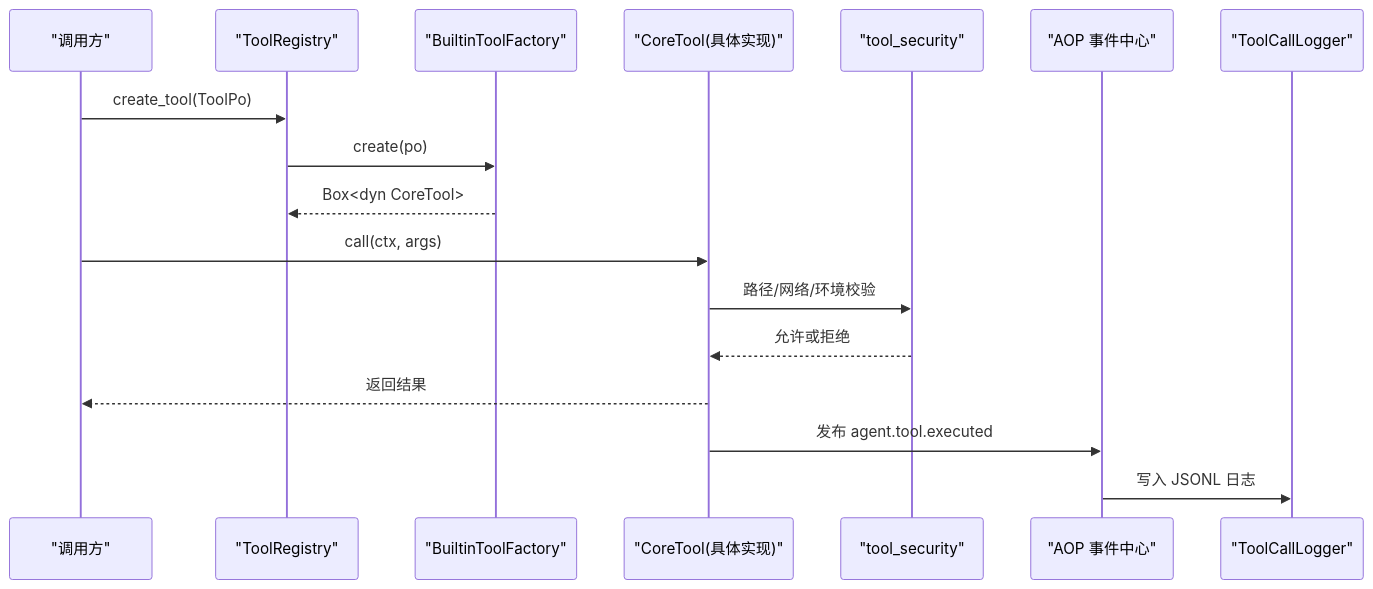
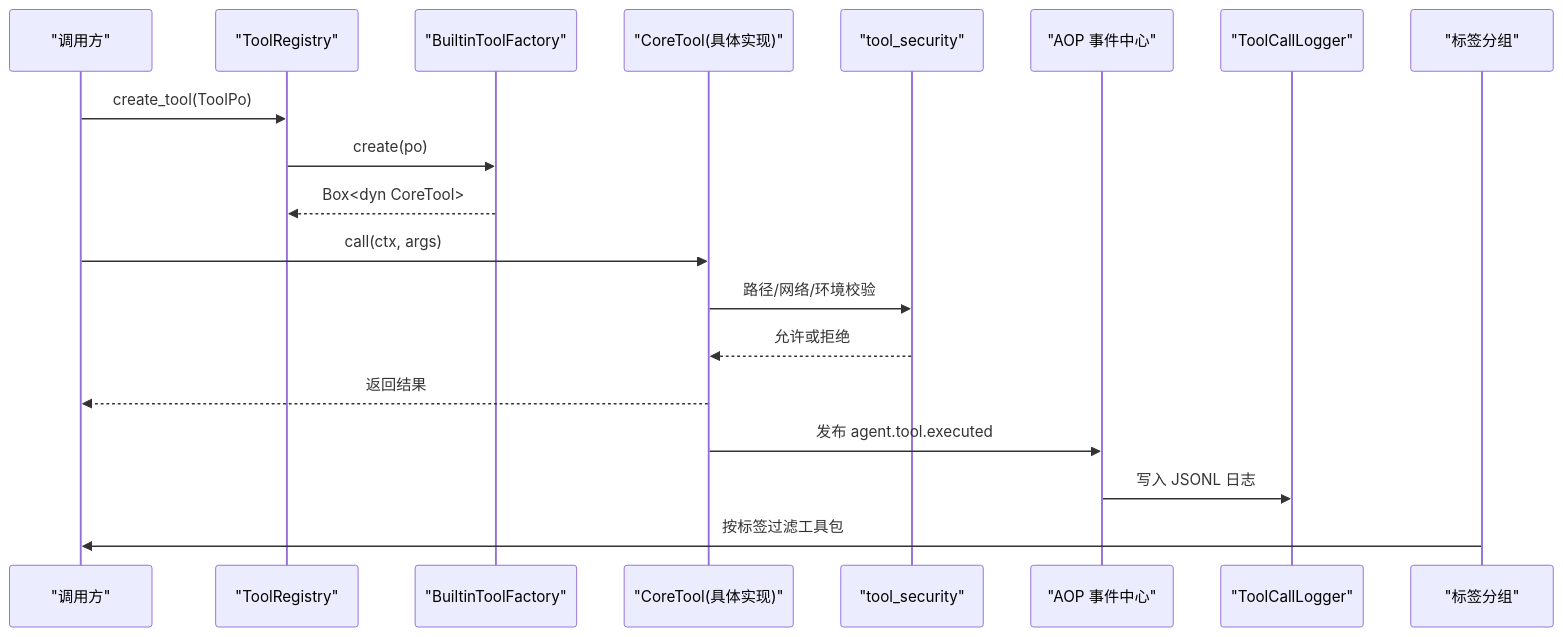
One commit to runningcoders/ai_orz changed the second of 6 diagrams in .qoder/repowiki/zh/content/核心模块/工具注册表/内置工具系统.md. Above: the diagram before and after it, drawn with Mermaid. The commit also changed other lines of this file and 299 other files, not shown here.

````diff
--- a/.qoder/repowiki/zh/content/核心模块/工具注册表/内置工具系统.md
+++ b/.qoder/repowiki/zh/content/核心模块/工具注册表/内置工具系统.md
@@ -78,19 +95,21 @@
 ```mermaid
 sequenceDiagram
 participant Caller as "调用方"
 participant Reg as "ToolRegistry"
 participant Fac as "BuiltinToolFactory"
 participant Tool as "CoreTool(具体实现)"
 participant Sec as "tool_security"
 participant AOP as "AOP 事件中心"
 participant Log as "ToolCallLogger"
+participant Tags as "标签分组"
 Caller->>Reg : create_tool(ToolPo)
 Reg->>Fac : create(po)
 Fac-->>Reg : Box<dyn CoreTool>
 Caller->>Tool : call(ctx, args)
 Tool->>Sec : 路径/网络/环境校验
 Sec-->>Tool : 允许或拒绝
 Tool-->>Caller : 返回结果
 Tool->>AOP : 发布 agent.tool.executed
 AOP->>Log : 写入 JSONL 日志
+Tags->>Caller : 按标签过滤工具包
 ```
````
